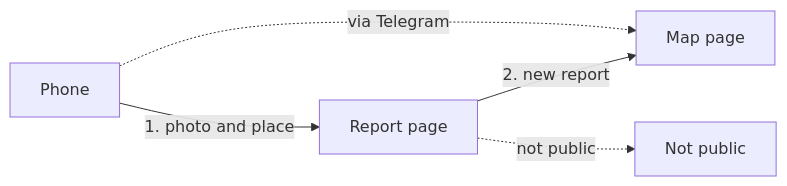
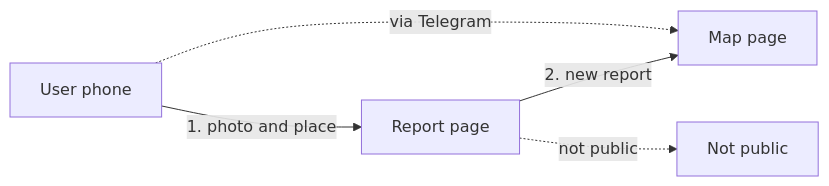
Before and after one commit to skad0/skills: the diagram in skills/plain-explain/examples/out/street-reports-report-flow.product.md, drawn with Mermaid. The commit also changed other lines of this file and 24 other files, not shown here.

````diff
--- a/skills/plain-explain/examples/out/street-reports-report-flow.product.md
+++ b/skills/plain-explain/examples/out/street-reports-report-flow.product.md
@@ -5,11 +5,11 @@
 ```mermaid
 flowchart LR
-  phone["Phone"]
+  phone["User phone"]
   page["Report page"]
   map["Map page"]
   held["Not public"]
   phone -->|"1. photo and place"| page
   phone -.->|"via Telegram"| map
   page -->|"2. new report"| map
   page -.->|"not public"| held
 ```
````
